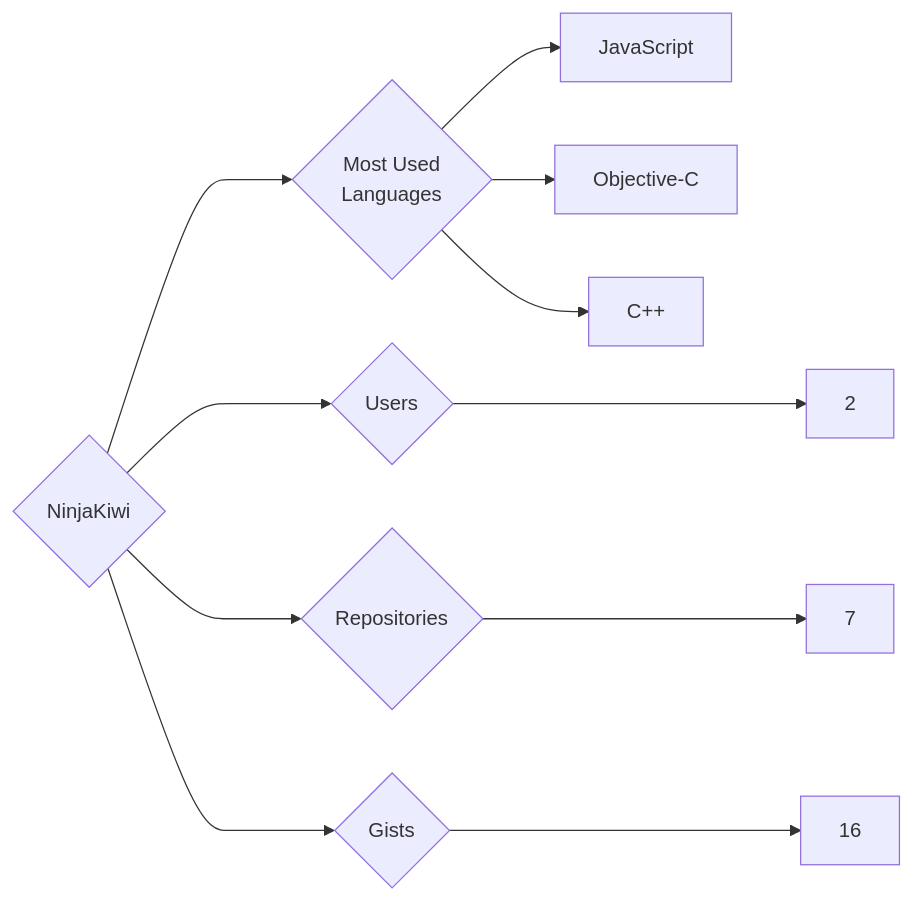
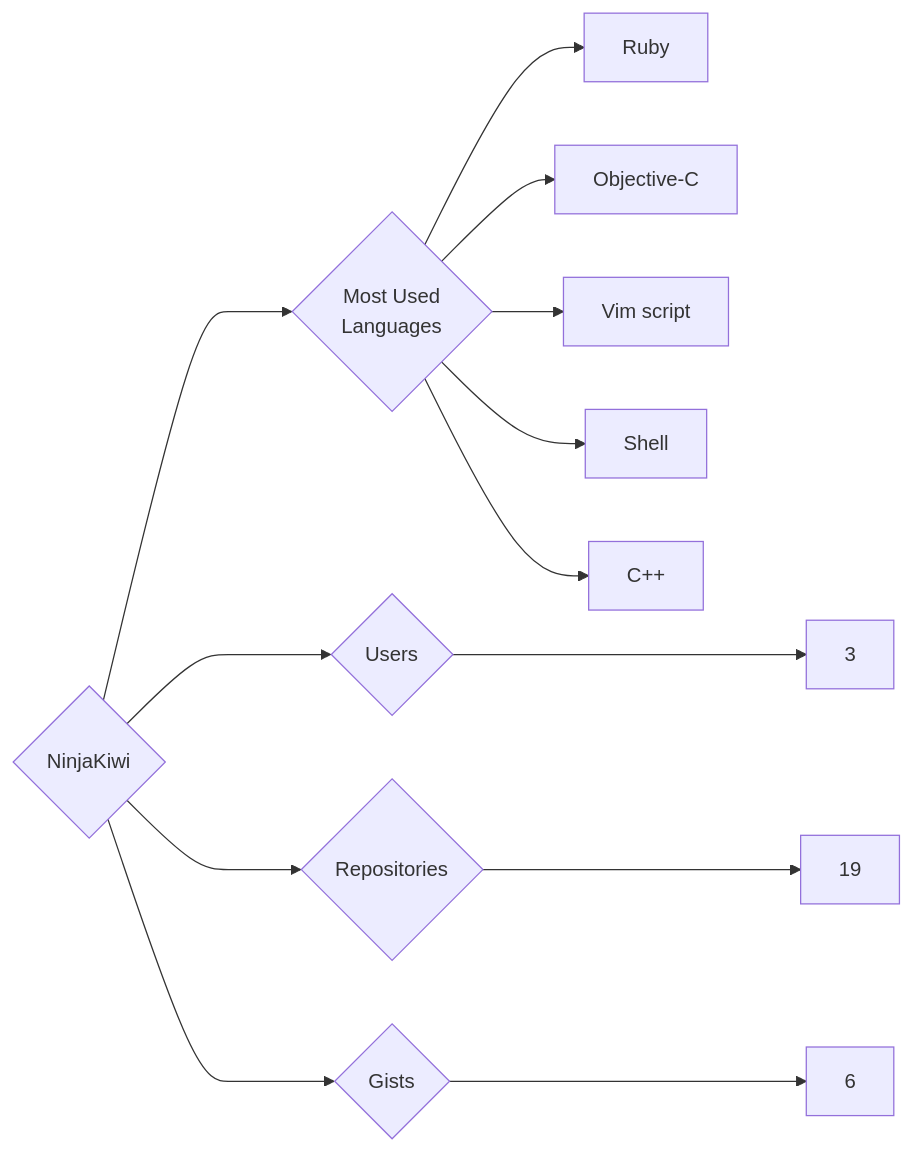
Before and after one commit to trickest/insiders: the diagram in targets/NinjaKiwi/README.md, drawn with Mermaid. The commit also changed 995 other files, not shown here.

````diff
--- a/targets/NinjaKiwi/README.md
+++ b/targets/NinjaKiwi/README.md
@@ -3,11 +3,13 @@
 ```mermaid
 graph LR
 COMPANY_NAME{NinjaKiwi}
-COMPANY_NAME ---> U{Users} ---> UN[2]
-COMPANY_NAME ---> R{Repositories} ---> RN[7]
-COMPANY_NAME ---> G{Gists} ---> GN[16]
+COMPANY_NAME ---> U{Users} ---> UN[3]
+COMPANY_NAME ---> R{Repositories} ---> RN[19]
+COMPANY_NAME ---> G{Gists} ---> GN[6]
 COMPANY_NAME ---> ML{Most Used<br>Languages}
-ML --> JavaScript[JavaScript]
+ML --> Ruby[Ruby]
 ML --> Objective-C[Objective-C]
+ML --> Vim_script[Vim script]
+ML --> Shell[Shell]
 ML --> C++[C++]
 ```
````
